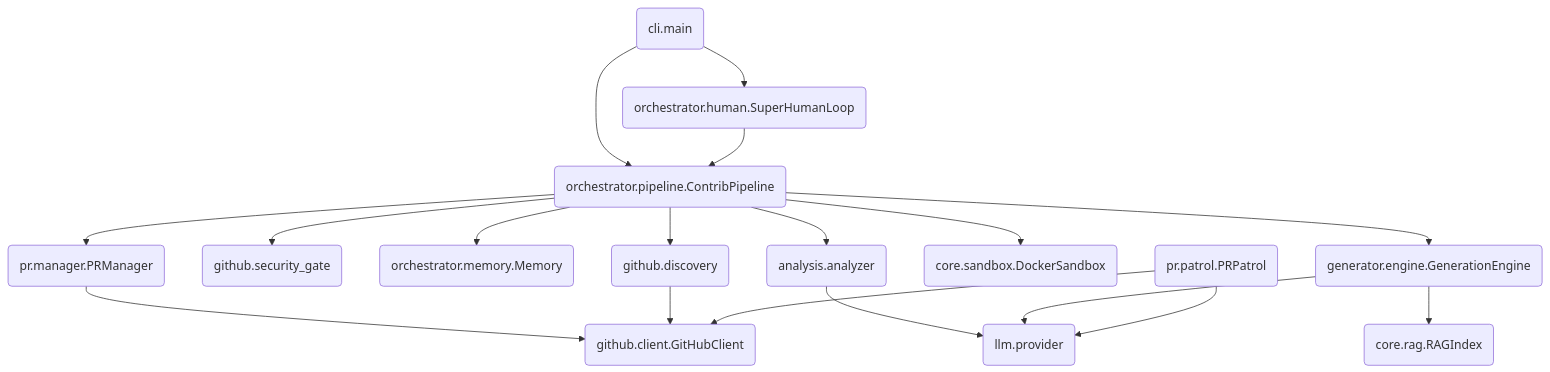
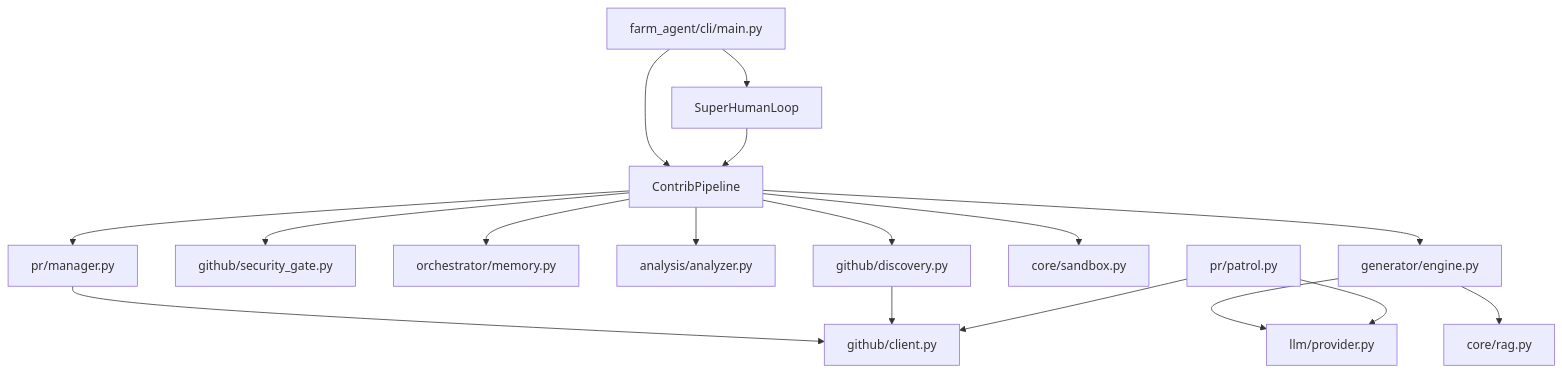
One commit to hieuit095/Agent-Farm changed the diagram in PROJECT_MAP.md. Above: the diagram before and after it, drawn with Mermaid. The commit also changed other lines of this file and 2 other files, not shown here.

````diff
--- a/PROJECT_MAP.md
+++ b/PROJECT_MAP.md
@@ -81,23 +82,23 @@
 ```mermaid
 graph TD
-    CLI(cli.main) --> Pipeline(orchestrator.pipeline.ContribPipeline)
-    CLI --> SuperHuman(orchestrator.human.SuperHumanLoop)
+    CLI[farm_agent/cli/main.py] --> Pipeline[ContribPipeline]
+    CLI --> SuperHuman[SuperHumanLoop]
     SuperHuman --> Pipeline
 
-    Pipeline --> Discovery(github.discovery)
-    Pipeline --> SecurityGate(github.security_gate)
-    Pipeline --> Memory(orchestrator.memory.Memory)
-    Pipeline --> Analyzer(analysis.analyzer)
-    Pipeline --> Generator(generator.engine.GenerationEngine)
-    Pipeline --> Sandbox(core.sandbox.DockerSandbox)
-    Pipeline --> PRManager(pr.manager.PRManager)
+    Pipeline --> Discovery[github/discovery.py]
+    Pipeline --> SecGate[github/security_gate.py]
+    Pipeline --> Memory[orchestrator/memory.py]
+    Pipeline --> Analyzer[analysis/analyzer.py]
+    Pipeline --> Generator[generator/engine.py]
+    Pipeline --> Sandbox[core/sandbox.py]
+    Pipeline --> PRManager[pr/manager.py]
 
-    Analyzer --> LLM(llm.provider)
-    Generator --> LLM
-    Generator --> RAG(core.rag.RAGIndex)
+    Generator --> LLM[llm/provider.py]
+    Generator --> RAG[core/rag.py]
 
-    PRManager --> GitHub(github.client.GitHubClient)
-    Discovery --> GitHub
-    Patrol(pr.patrol.PRPatrol) --> GitHub
+    PRManager --> GitHubAPI[github/client.py]
+    Discovery --> GitHubAPI
+
+    Patrol[pr/patrol.py] --> GitHubAPI
     Patrol --> LLM
 ```
````
